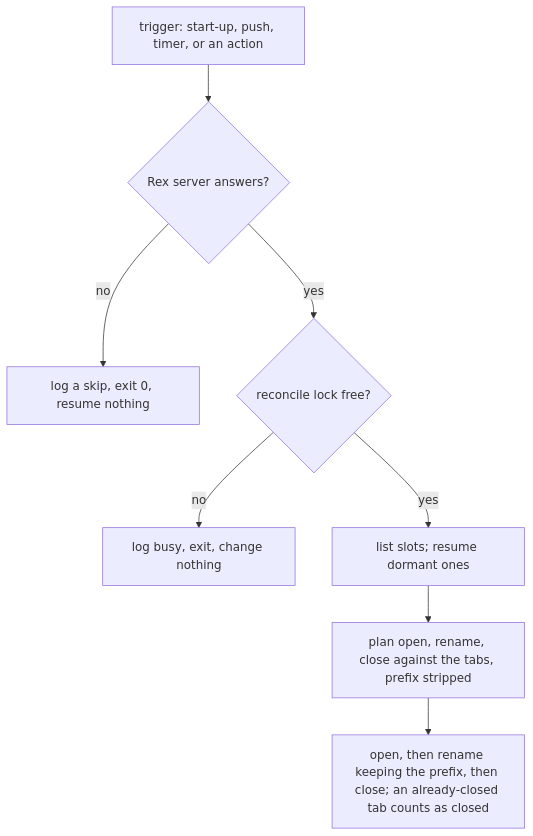
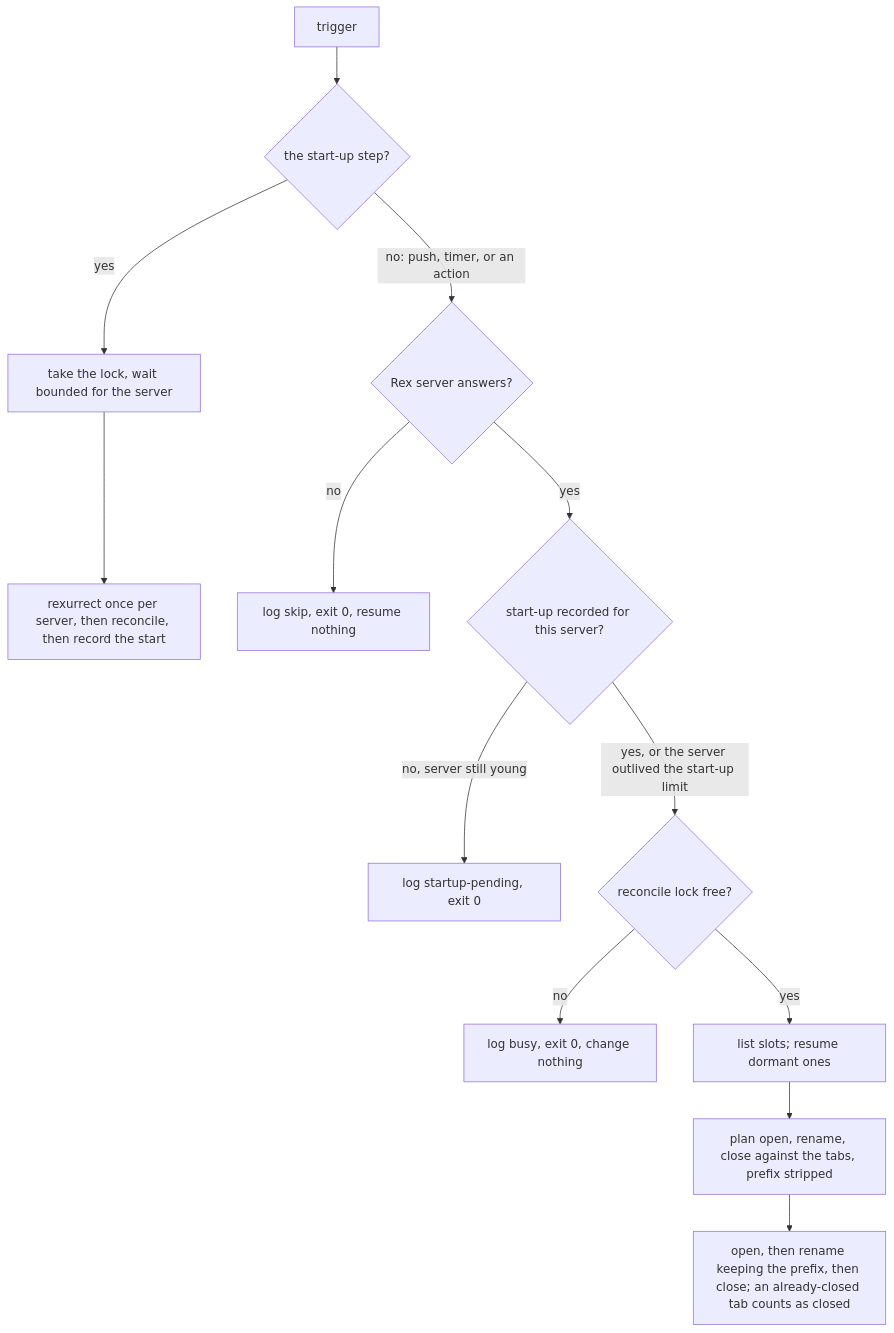
One commit to brettdavies/dotfiles changed the fourth of 4 diagrams in docs/plans/2026-10-29-2303-feat-rex-agent-slots-on-linux-server-plan.md. Above: the diagram before and after it, drawn with Mermaid. The commit also changed other lines of this file, not shown here.

First line of the commit message:
docs(plans): apply the first document review to the Rex cutover plan

````diff
--- a/docs/plans/2026-10-29-2303-feat-rex-agent-slots-on-linux-server-plan.md
+++ b/docs/plans/2026-10-29-2303-feat-rex-agent-slots-on-linux-server-plan.md
@@ -428,10 +437,15 @@
 ```mermaid
 flowchart TB
-  T[trigger: start-up, push, timer, or an action] --> Up{Rex server answers?}
-  Up -->|no| Skip[log a skip, exit 0, resume nothing]
-  Up -->|yes| Lock{reconcile lock free?}
-  Lock -->|no| Busy[log busy, exit, change nothing]
+  T[trigger] --> Kind{the start-up step?}
+  Kind -->|yes| Wait[take the lock, wait bounded for the server]
+  Wait --> Once[rexurrect once per server, then reconcile, then record the start]
+  Kind -->|no: push, timer, or an action| Up{Rex server answers?}
+  Up -->|no| Skip[log skip, exit 0, resume nothing]
+  Up -->|yes| Started{start-up recorded for this server?}
+  Started -->|no, server still young| Pending[log startup-pending, exit 0]
+  Started -->|yes, or the server outlived the start-up limit| Lock{reconcile lock free?}
+  Lock -->|no| Busy[log busy, exit 0, change nothing]
   Lock -->|yes| Fetch[list slots; resume dormant ones]
   Fetch --> Plan[plan open, rename, close against the tabs, prefix stripped]
   Plan --> Apply[open, then rename keeping the prefix, then close; an already-closed tab counts as closed]
 ```
````
